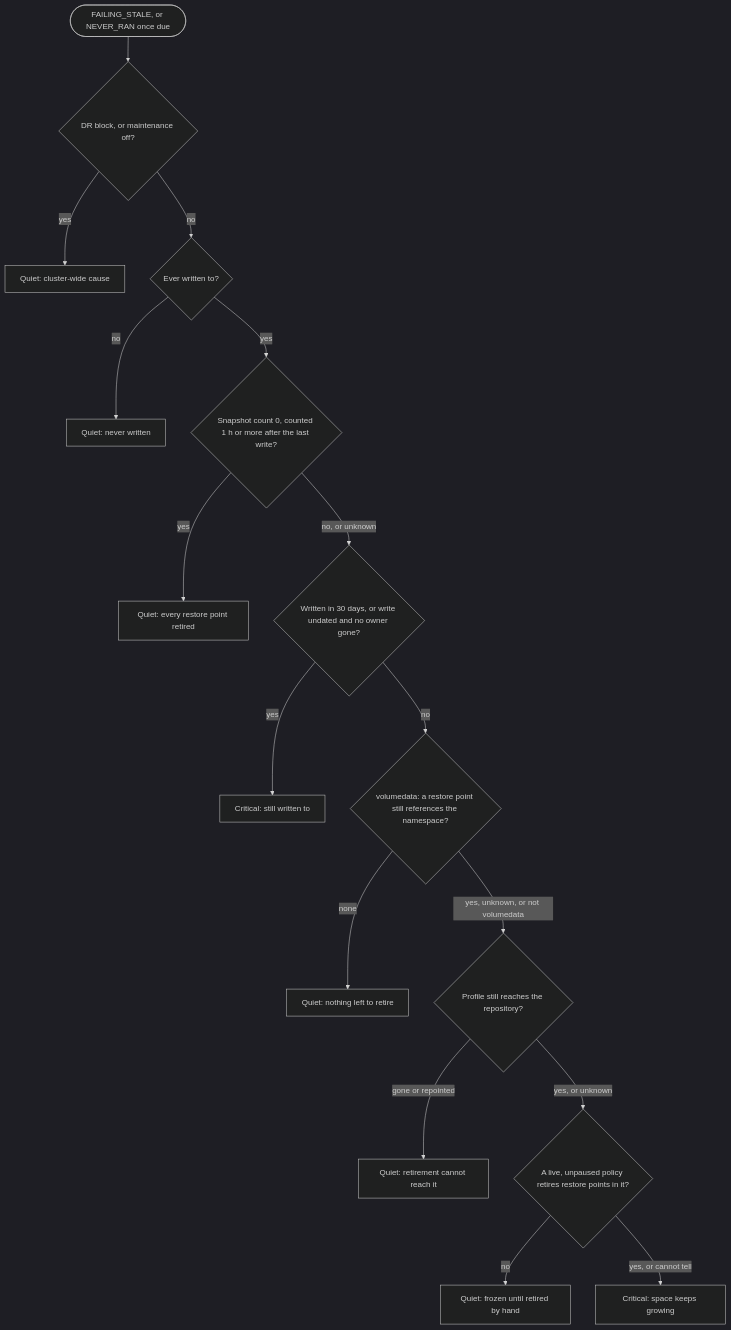
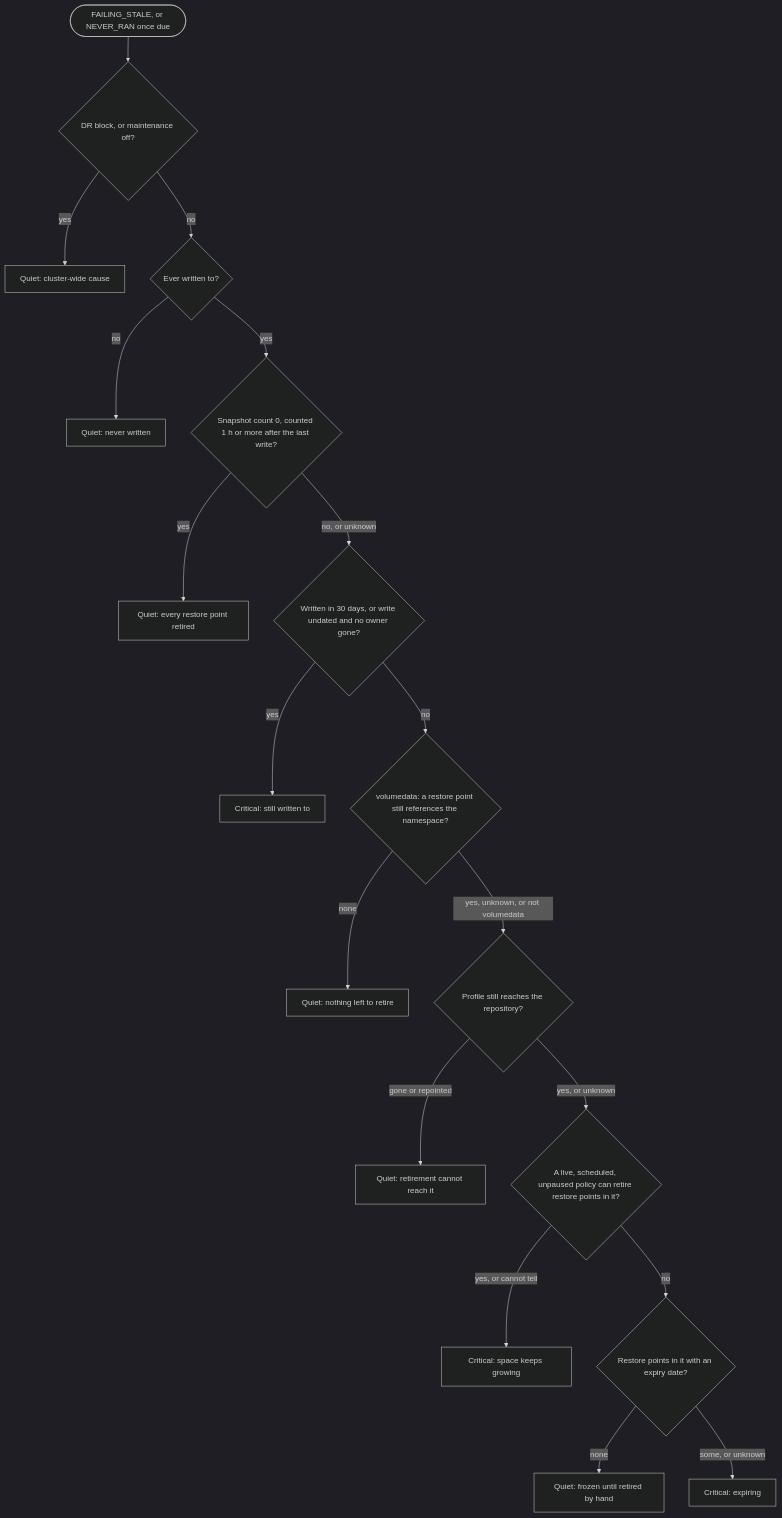
Before and after one commit to BertV44/Kasten-Disco-Lite: the fourth of 4 diagrams in docs/maintenance-checks.md, drawn with Mermaid (dark theme). The commit also changed other lines of this file, not shown here.

````diff
--- a/docs/maintenance-checks.md
+++ b/docs/maintenance-checks.md
@@ -345,18 +345,20 @@
 ```mermaid
 flowchart TD
     start(["FAILING_STALE, or NEVER_RAN once due"]) --> cw{"DR block, or maintenance off?"}
     cw -- yes --> Q5["Quiet: cluster-wide cause"]
     cw -- no --> nw{"Ever written to?"}
     nw -- no --> Q0["Quiet: never written"]
     nw -- yes --> zero{"Snapshot count 0, counted 1 h or more after the last write?"}
     zero -- yes --> Q1["Quiet: every restore point retired"]
     zero -- "no, or unknown" --> act{"Written in 30 days, or write undated and no owner gone?"}
     act -- yes --> C1["Critical: still written to"]
     act -- no --> rpc{"volumedata: a restore point still references the namespace?"}
     rpc -- none --> Q2["Quiet: nothing left to retire"]
     rpc -- "yes, unknown, or not volumedata" --> prof{"Profile still reaches the repository?"}
     prof -- "gone or repointed" --> Q3["Quiet: retirement cannot reach it"]
-    prof -- "yes, or unknown" --> ret{"A live, unpaused policy retires restore points in it?"}
-    ret -- no --> Q4["Quiet: frozen until retired by hand"]
+    prof -- "yes, or unknown" --> ret{"A live, scheduled, unpaused policy can retire restore points in it?"}
     ret -- "yes, or cannot tell" --> C2["Critical: space keeps growing"]
+    ret -- no --> exp{"Restore points in it with an expiry date?"}
+    exp -- none --> Q4["Quiet: frozen until retired by hand"]
+    exp -- "some, or unknown" --> C3["Critical: expiring"]
 ```
````
